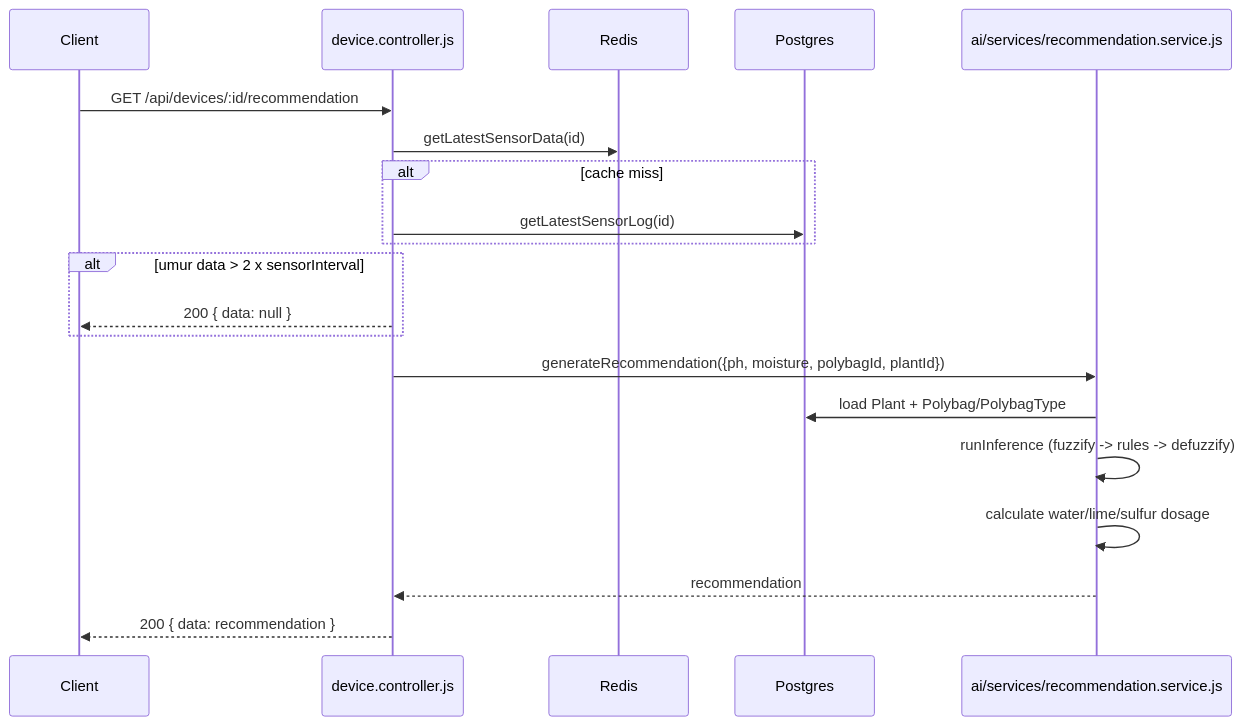
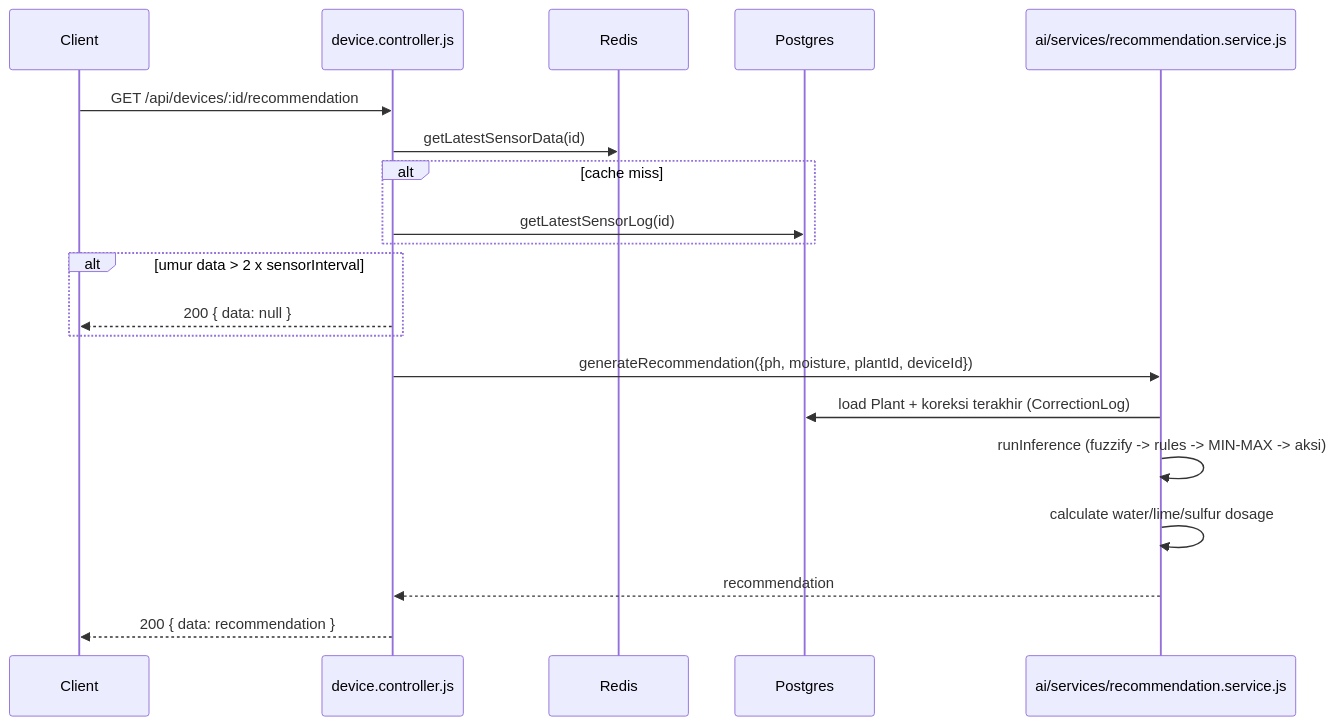
Before and after one commit to Capstone2026-E04/Subur.in: the fourth of 4 diagrams in docs/architecture/api-flow.md, drawn with Mermaid. The commit also changed 22 other files, not shown here.

````diff
--- a/docs/architecture/api-flow.md
+++ b/docs/architecture/api-flow.md
@@ -80,23 +80,23 @@
 ```mermaid
 sequenceDiagram
     participant Client
     participant Controller as device.controller.js
     participant Redis
     participant Postgres
     participant Engine as ai/services/recommendation.service.js
 
     Client->>Controller: GET /api/devices/:id/recommendation
     Controller->>Redis: getLatestSensorData(id)
     alt cache miss
         Controller->>Postgres: getLatestSensorLog(id)
     end
     alt umur data > 2 x sensorInterval
         Controller-->>Client: 200 { data: null }
     end
-    Controller->>Engine: generateRecommendation({ph, moisture, polybagId, plantId})
-    Engine->>Postgres: load Plant + Polybag/PolybagType
-    Engine->>Engine: runInference (fuzzify -> rules -> defuzzify)
+    Controller->>Engine: generateRecommendation({ph, moisture, plantId, deviceId})
+    Engine->>Postgres: load Plant + koreksi terakhir (CorrectionLog)
+    Engine->>Engine: runInference (fuzzify -> rules -> MIN-MAX -> aksi)
     Engine->>Engine: calculate water/lime/sulfur dosage
     Engine-->>Controller: recommendation
     Controller-->>Client: 200 { data: recommendation }
 ```
````
